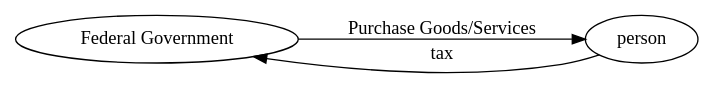
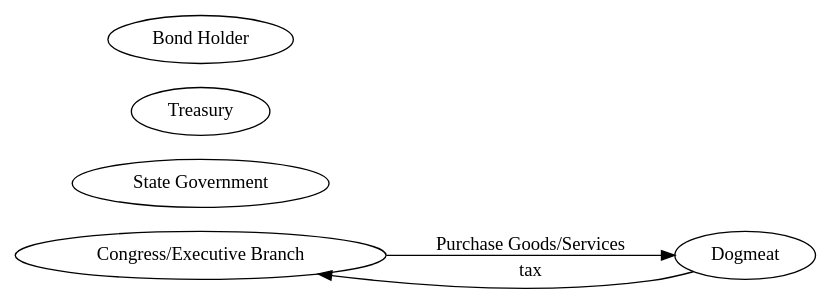
The diagram in flows.dot (dpp/mutt), drawn with Graphviz before and after one commit. The commit also changed 1 other file, not shown here.

```diff
--- a/flows.dot
+++ b/flows.dot
@@ -1,9 +1,17 @@
 digraph moof {
 rankdir="LR";
 
-fed_gvt [label = "Federal Government"]
+fed_gvt [label = "Congress/Executive Branch"]
+
+state_gvt [label ="State Government"]
+
+treasury [label = "Treasury"]
+
+bond_holder [label = "Bond Holder"]
+
+person [label = "Dogmeat"]
 
 fed_gvt -> person [label = "Purchase Goods/Services"];
 
 person -> fed_gvt [label = "tax"];
 }
```
